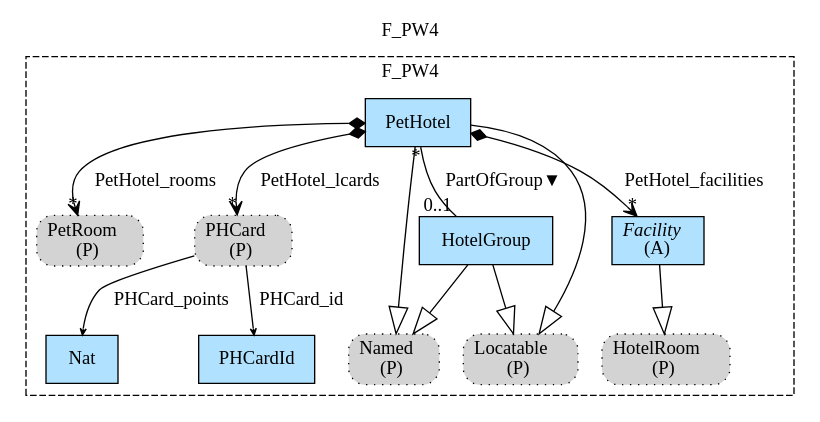
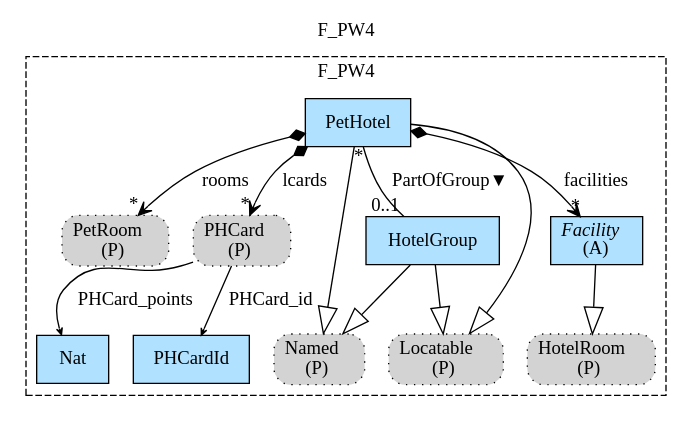
One commit to namalio/Fragmenta changed the diagram in Haskell/FragmentaTests/PetsWorld/img/F_PW4.gv. Above: the diagram before and after it, drawn with Graphviz. The commit also changed 25 other files, not shown here.

```diff
--- a/Haskell/FragmentaTests/PetsWorld/img/F_PW4.gv
+++ b/Haskell/FragmentaTests/PetsWorld/img/F_PW4.gv
@@ -1,32 +1,32 @@
 digraph {graph[label=F_PW4,labelloc=tl,labelfontsize=12];
 subgraph cluster_F_PW4{style=dashed;label=F_PW4;
 "PPetRoom"[shape=box,fillcolor=lightgray,style ="rounded,filled,dotted",label=<PetRoom<br/>(P)>];
 "Nat"[shape=record,fillcolor=lightskyblue1,style = filled,label="Nat"];
 "PPHCard"[shape=box,fillcolor=lightgray,style ="rounded,filled,dotted",label=<PHCard<br/>(P)>];
 "PHCardId"[shape=record,fillcolor=lightskyblue1,style = filled,label="PHCardId"];
 "PetHotel"[shape=record,fillcolor=lightskyblue1,style = filled,label="PetHotel"];
 "PNamed"[shape=box,fillcolor=lightgray,style ="rounded,filled,dotted",label=<Named<br/>(P)>];
 "HotelGroup"[shape=record,fillcolor=lightskyblue1,style = filled,label="HotelGroup"];
 "PLocatable"[shape=box,fillcolor=lightgray,style ="rounded,filled,dotted",label=<Locatable<br/>(P)>];
 "Facility"[shape=record,fillcolor=lightskyblue1,style = filled,label=<{<I>Facility</I><br/>(A)}>];
 "PHotelRoom"[shape=box,fillcolor=lightgray,style ="rounded,filled,dotted",label=<HotelRoom<br/>(P)>];
 
 "PetHotel"->"HotelGroup"[label="PartOfGroup▼",dir=none,taillabel="*",headlabel="0..1"];
-"PetHotel"->"PPHCard"[label="PetHotel_lcards",arrowhead=vee,arrowtail=diamond,dir=both,headlabel="*"];
-"PetHotel"->"Facility"[label="PetHotel_facilities",arrowhead=vee,arrowtail=diamond,dir=both,headlabel="*"];
-"PetHotel"->"PPetRoom"[label="PetHotel_rooms",arrowhead=vee,arrowtail=diamond,dir=both,headlabel="*"];
+"PetHotel"->"PPHCard"[label="lcards",arrowhead=vee,arrowtail=diamond,dir=both,headlabel="*"];
+"PetHotel"->"Facility"[label="facilities",arrowhead=vee,arrowtail=diamond,dir=both,headlabel="*"];
+"PetHotel"->"PPetRoom"[label="rooms",arrowhead=vee,arrowtail=diamond,dir=both,headlabel="*"];
 "PPHCard"->"Nat"[label="PHCard_points",arrowhead=vee,headlabel="",arrowsize=.5];
 "PPHCard"->"PHCardId"[label="PHCard_id",arrowhead=vee,headlabel="",arrowsize=.5];
 "PetHotel"->"PNamed"[arrowhead=onormal,arrowsize=2.0];
 "PetHotel"->"PLocatable"[arrowhead=onormal,arrowsize=2.0];
 "HotelGroup"->"PNamed"[arrowhead=onormal,arrowsize=2.0];
 "HotelGroup"->"PLocatable"[arrowhead=onormal,arrowsize=2.0];
 "Facility"->"PHotelRoom"[arrowhead=onormal,arrowsize=2.0];
 
 }
 
 
 
 
 
 }
```
